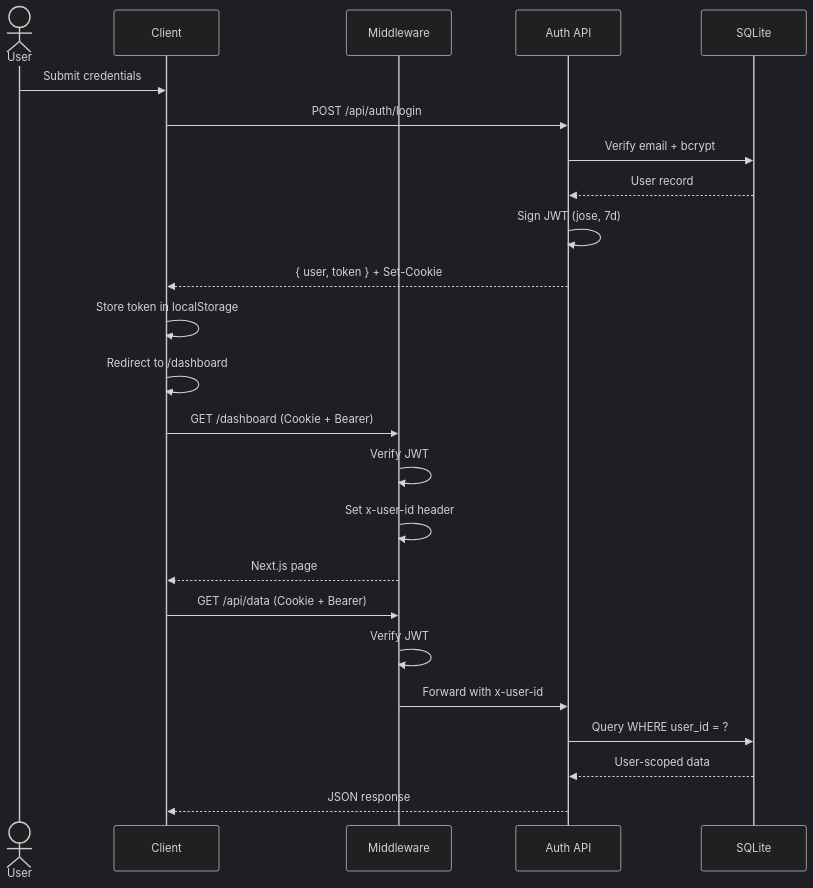
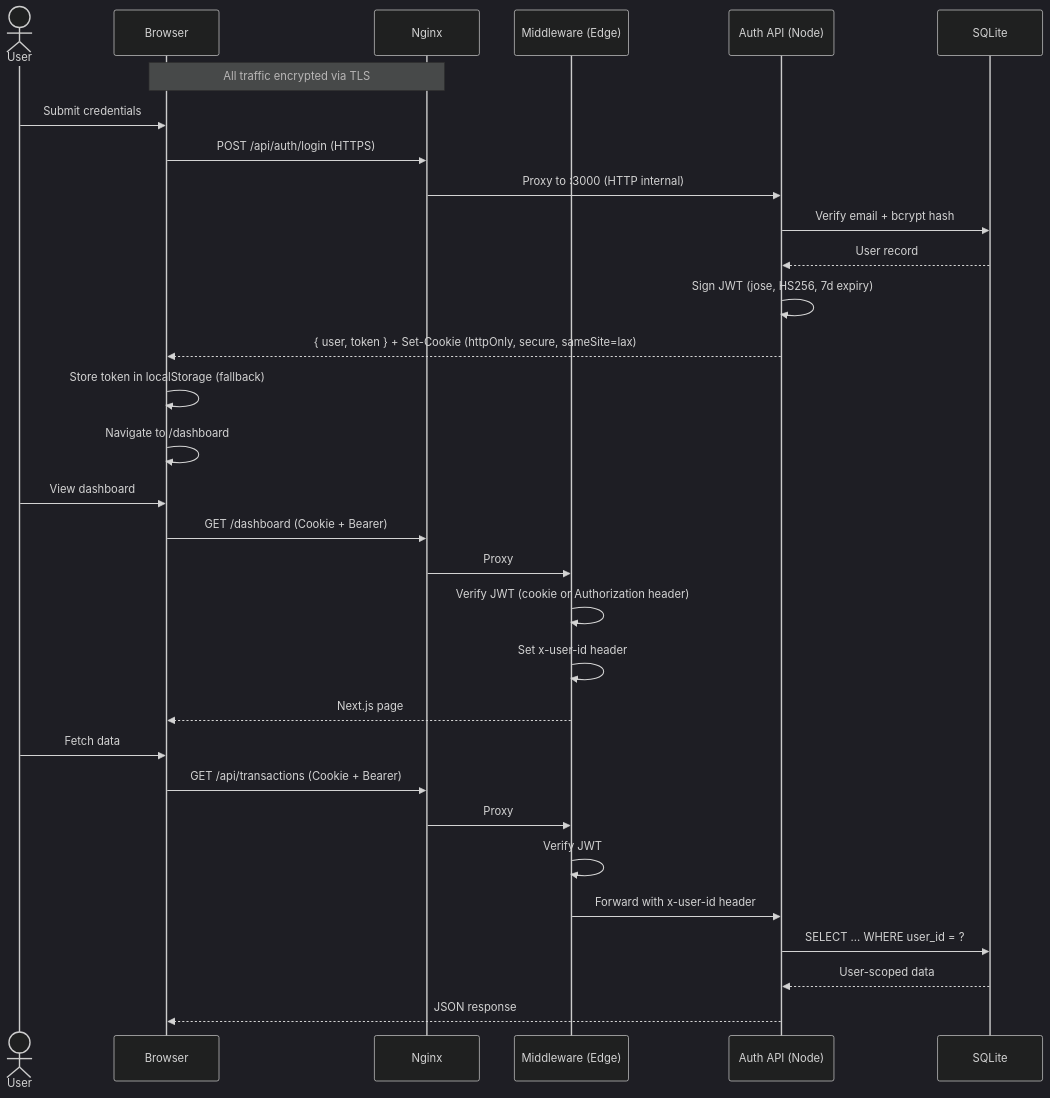
Before and after one commit to b-3llum/finance-tracker: the third of 6 diagrams in ARCHITECTURE.md, drawn with Mermaid (dark theme). The commit also changed other lines of this file and 2 other files, not shown here.

First line of the commit message:
Rewrite README and architecture docs with SVG banner

````diff
--- a/ARCHITECTURE.md
+++ b/ARCHITECTURE.md
@@ -187,30 +289,38 @@
 ```mermaid
 sequenceDiagram
     actor U as User
-    participant C as Client
-    participant MW as Middleware
-    participant API as Auth API
+    participant B as Browser
+    participant N as Nginx
+    participant MW as Middleware (Edge)
+    participant API as Auth API (Node)
     participant DB as SQLite
 
-    U->>C: Submit credentials
-    C->>API: POST /api/auth/login
-    API->>DB: Verify email + bcrypt
+    Note over B,N: All traffic encrypted via TLS
+
+    U->>B: Submit credentials
+    B->>N: POST /api/auth/login (HTTPS)
+    N->>API: Proxy to :3000 (HTTP internal)
+    API->>DB: Verify email + bcrypt hash
     DB-->>API: User record
-    API->>API: Sign JWT (jose, 7d)
-    API-->>C: { user, token } + Set-Cookie
+    API->>API: Sign JWT (jose, HS256, 7d expiry)
+    API-->>B: { user, token } + Set-Cookie (httpOnly, secure, sameSite=lax)
 
-    C->>C: Store token in localStorage
-    C->>C: Redirect to /dashboard
+    B->>B: Store token in localStorage (fallback)
+    B->>B: Navigate to /dashboard
 
-    C->>MW: GET /dashboard (Cookie + Bearer)
+    U->>B: View dashboard
+    B->>N: GET /dashboard (Cookie + Bearer)
+    N->>MW: Proxy
+    MW->>MW: Verify JWT (cookie or Authorization header)
+    MW->>MW: Set x-user-id header
+    MW-->>B: Next.js page
+
+    U->>B: Fetch data
+    B->>N: GET /api/transactions (Cookie + Bearer)
+    N->>MW: Proxy
     MW->>MW: Verify JWT
-    MW->>MW: Set x-user-id header
-    MW-->>C: Next.js page
-
-    C->>MW: GET /api/data (Cookie + Bearer)
-    MW->>MW: Verify JWT
-    MW->>API: Forward with x-user-id
-    API->>DB: Query WHERE user_id = ?
+    MW->>API: Forward with x-user-id header
+    API->>DB: SELECT ... WHERE user_id = ?
     DB-->>API: User-scoped data
-    API-->>C: JSON response
+    API-->>B: JSON response
 ```
````
